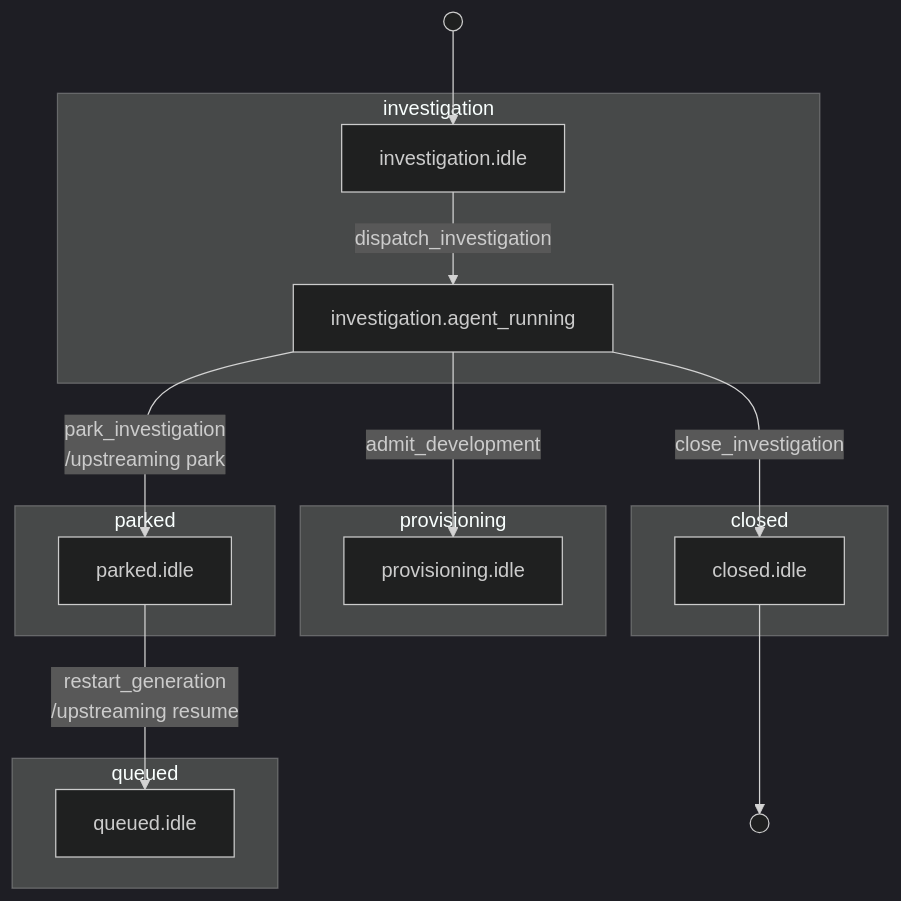
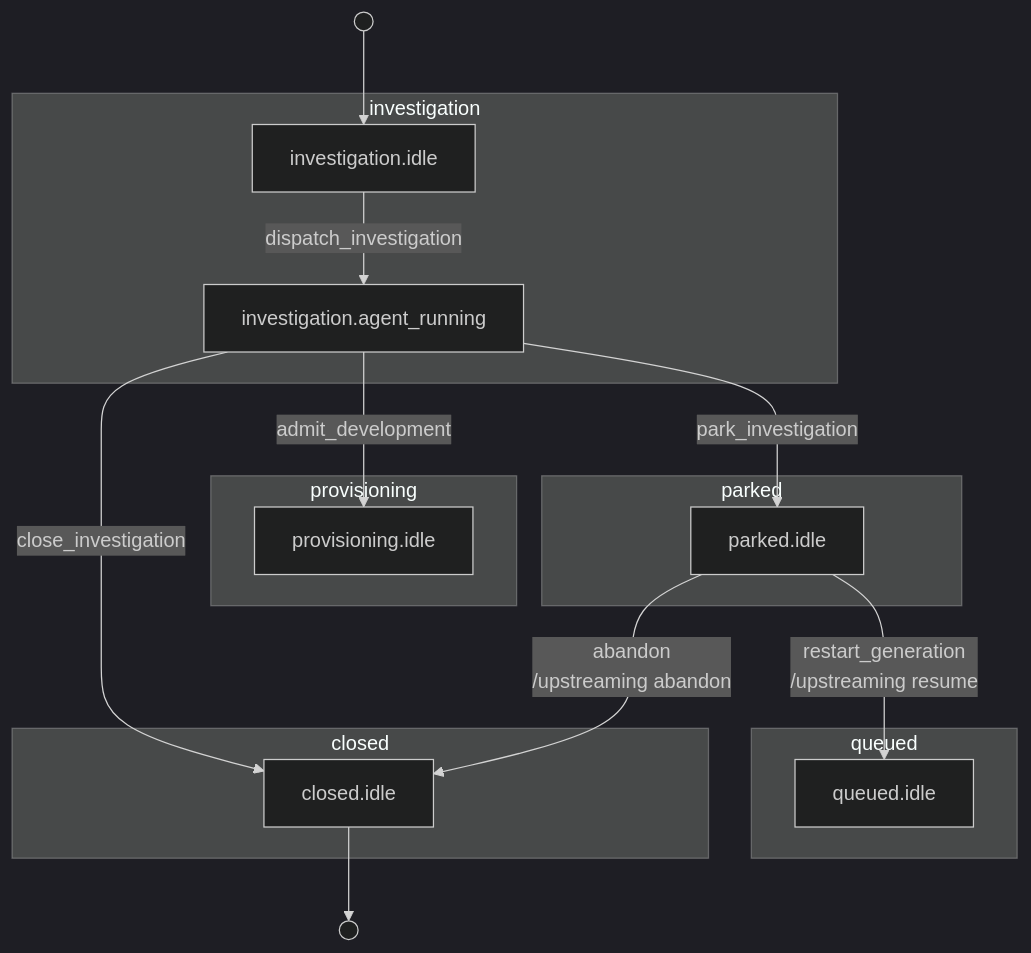
Before and after one commit to riseproject-dev/porting-agent: the second of 30 diagrams in docs/state-machine/index.md, drawn with Mermaid (dark theme). The commit also changed other lines of this file and 9 other files, not shown here.

````diff
--- a/docs/state-machine/index.md
+++ b/docs/state-machine/index.md
@@ -134,27 +147,28 @@
 ```mermaid
 flowchart TB
     subgraph investigation["investigation"]
         investigation_idle["investigation.idle"]
         investigation_agent_running["investigation.agent_running"]
     end
     subgraph provisioning["provisioning"]
         provisioning_idle["provisioning.idle"]
     end
     subgraph parked["parked"]
         parked_idle["parked.idle"]
     end
     subgraph queued["queued"]
         queued_idle["queued.idle"]
     end
     subgraph closed["closed"]
         closed_idle["closed.idle"]
     end
 
     start_1(( )) --> investigation_idle
     investigation_idle -->|dispatch_investigation| investigation_agent_running
     investigation_agent_running -->|admit_development| provisioning_idle
-    investigation_agent_running -->|park_investigation<br/>/upstreaming park| parked_idle
+    investigation_agent_running -->|park_investigation| parked_idle
     investigation_agent_running -->|close_investigation| closed_idle
     parked_idle -->|restart_generation<br/>/upstreaming resume| queued_idle
+    parked_idle -->|abandon<br/>/upstreaming abandon| closed_idle
     closed_idle --> end_2(( ))
 ```
````
